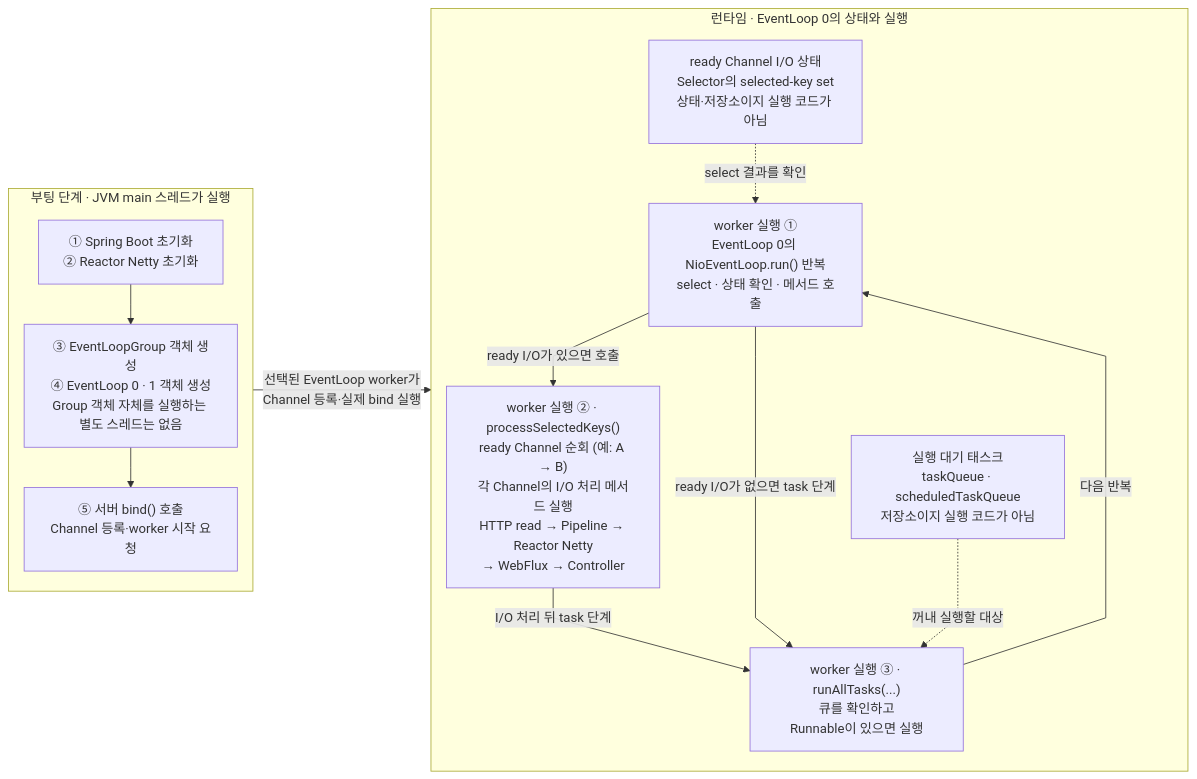
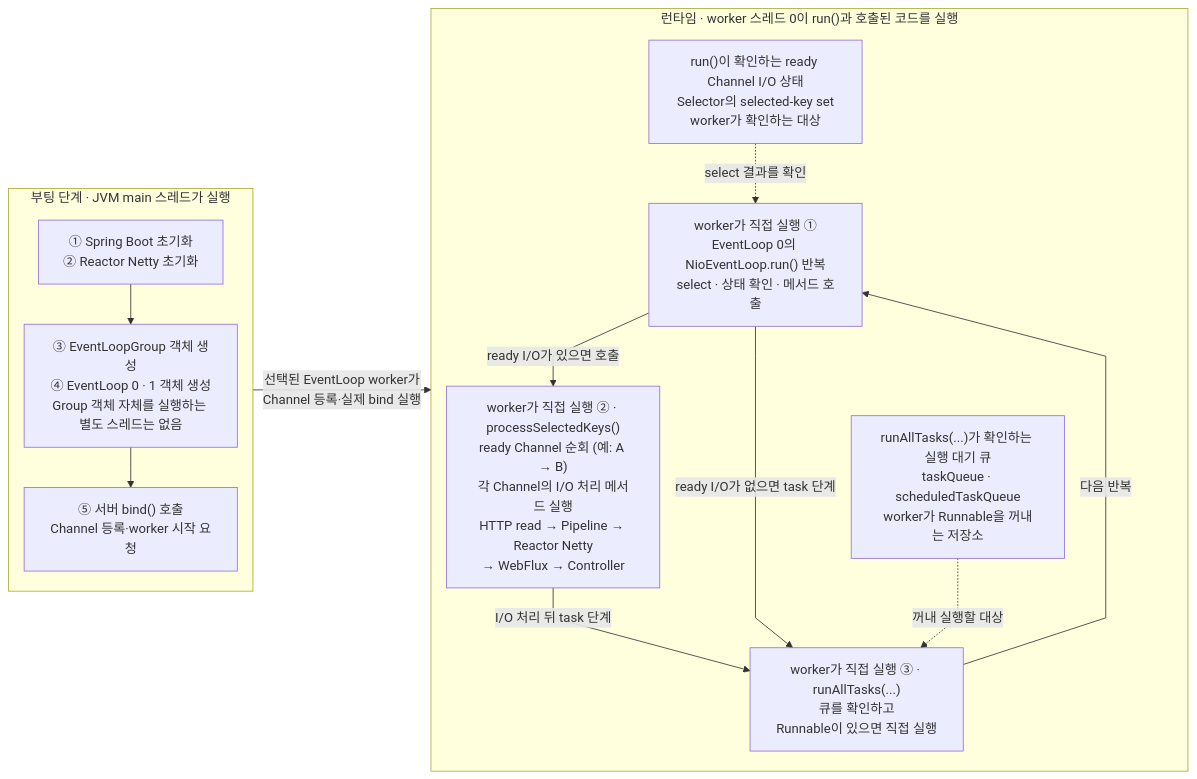
The diagram in docs/frontend-study/webflux-netty-event-loop.md (lee-gimoon/futures-paper-trading), drawn with Mermaid before and after one commit. The commit also changed other lines of this file, not shown here.

Commit message:
docs: emphasize Netty worker execution flow

````diff
--- a/docs/frontend-study/webflux-netty-event-loop.md
+++ b/docs/frontend-study/webflux-netty-event-loop.md
@@ -40,31 +46,31 @@
 ```mermaid
 %%{init: {"themeVariables": {"fontSize": "16px"}, "flowchart": {"nodeSpacing": 18, "rankSpacing": 24, "curve": "linear", "subGraphTitleMargin": {"top": 0, "bottom": 14}}}}%%
 flowchart LR
   subgraph STARTUP["부팅 단계 · JVM main 스레드가 실행"]
     direction TB
     INIT["① Spring Boot 초기화<br/>② Reactor Netty 초기화"]
     CREATE["③ EventLoopGroup 객체 생성<br/>④ EventLoop 0 · 1 객체 생성<br/>Group 객체 자체를 실행하는 별도 스레드는 없음"]
     REQUEST["⑤ 서버 bind() 호출<br/>Channel 등록·worker 시작 요청"]
     INIT --> CREATE --> REQUEST
   end
 
-  subgraph RUNTIME["런타임 · EventLoop 0의 상태와 실행"]
+  subgraph RUNTIME["런타임 · worker 스레드 0이 run()과 호출된 코드를 실행"]
     direction TB
-    READY["ready Channel I/O 상태<br/>Selector의 selected-key set<br/>상태·저장소이지 실행 코드가 아님"]
-    QUEUES["실행 대기 태스크<br/>taskQueue · scheduledTaskQueue<br/>저장소이지 실행 코드가 아님"]
+    READY["run()이 확인하는 ready Channel I/O 상태<br/>Selector의 selected-key set<br/>worker가 확인하는 대상"]
+    QUEUES["runAllTasks(...)가 확인하는 실행 대기 큐<br/>taskQueue · scheduledTaskQueue<br/>worker가 Runnable을 꺼내는 저장소"]
 
-    RUN["worker 실행 ①<br/>EventLoop 0의 NioEventLoop.run() 반복<br/>select · 상태 확인 · 메서드 호출"]
-    IO["worker 실행 ② · processSelectedKeys()<br/>ready Channel 순회 (예: A → B)<br/>각 Channel의 I/O 처리 메서드 실행<br/>HTTP read → Pipeline → Reactor Netty<br/>→ WebFlux → Controller"]
-    TASK["worker 실행 ③ · runAllTasks(...)<br/>큐를 확인하고<br/>Runnable이 있으면 실행"]
+    RUN["worker가 직접 실행 ①<br/>EventLoop 0의 NioEventLoop.run() 반복<br/>select · 상태 확인 · 메서드 호출"]
+    IO["worker가 직접 실행 ② · processSelectedKeys()<br/>ready Channel 순회 (예: A → B)<br/>각 Channel의 I/O 처리 메서드 실행<br/>HTTP read → Pipeline → Reactor Netty<br/>→ WebFlux → Controller"]
+    TASK["worker가 직접 실행 ③ · runAllTasks(...)<br/>큐를 확인하고<br/>Runnable이 있으면 직접 실행"]
 
     RUN -->|"ready I/O가 있으면 호출"| IO
     IO -->|"I/O 처리 뒤 task 단계"| TASK
     RUN -->|"ready I/O가 없으면 task 단계"| TASK
     TASK -->|"다음 반복"| RUN
 
     READY -.->|"select 결과를 확인"| RUN
     QUEUES -.->|"꺼내 실행할 대상"| TASK
   end
 
   STARTUP -->|"선택된 EventLoop worker가<br/>Channel 등록·실제 bind 실행"| RUNTIME
 ```
````
